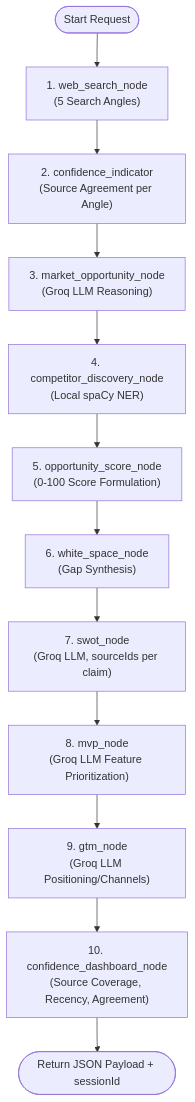
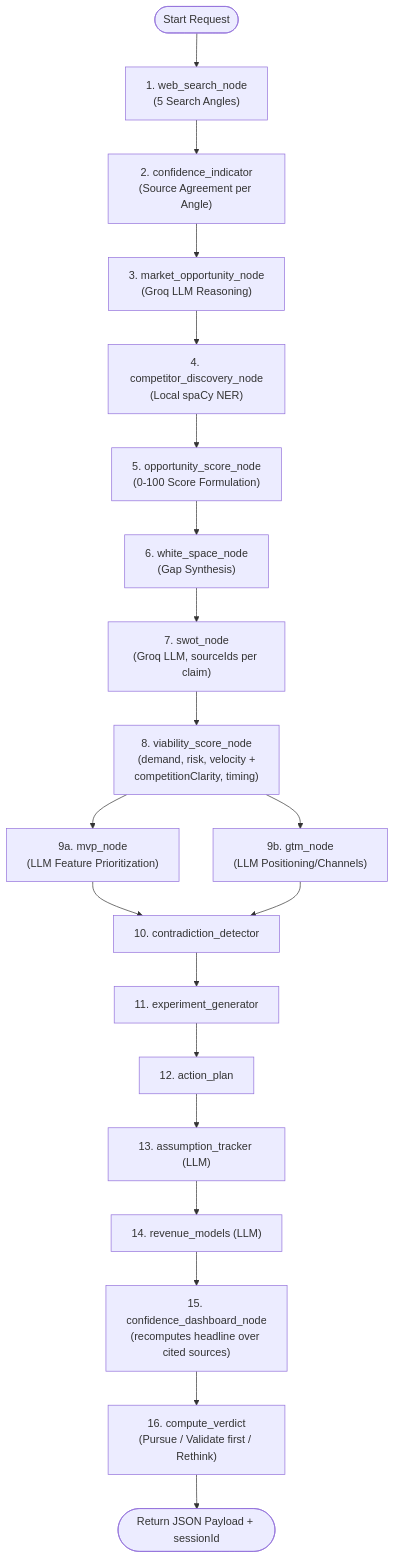
The second of 11 diagrams in docs/12_AFFINITY_VISUAL_ARCHITECTURE_DIAGRAM_GALLERY.md (Yasaswini-ch/Development-of-AI-Based-Startup-Idea-Validator-with-Market-Analysis-Assistance), drawn with Mermaid before and after one commit. The commit also changed other lines of this file and 25 other files, not shown here.

````diff
--- a/docs/12_AFFINITY_VISUAL_ARCHITECTURE_DIAGRAM_GALLERY.md
+++ b/docs/12_AFFINITY_VISUAL_ARCHITECTURE_DIAGRAM_GALLERY.md
@@ -89,14 +103,22 @@
 ```mermaid
 flowchart TD
     START(["Start Request"]) --> WebSearch["1. web_search_node\n(5 Search Angles)"]
     WebSearch --> Confidence["2. confidence_indicator\n(Source Agreement per Angle)"]
     Confidence --> Market["3. market_opportunity_node\n(Groq LLM Reasoning)"]
     Market --> Competitors["4. competitor_discovery_node\n(Local spaCy NER)"]
     Competitors --> Score["5. opportunity_score_node\n(0-100 Score Formulation)"]
     Score --> WhiteSpace["6. white_space_node\n(Gap Synthesis)"]
     WhiteSpace --> Swot["7. swot_node\n(Groq LLM, sourceIds per claim)"]
-    Swot --> Mvp["8. mvp_node\n(Groq LLM Feature Prioritization)"]
-    Mvp --> Gtm["9. gtm_node\n(Groq LLM Positioning/Channels)"]
-    Gtm --> ConfDash["10. confidence_dashboard_node\n(Source Coverage, Recency, Agreement)"]
-    ConfDash --> END(["Return JSON Payload + sessionId"])
+    Swot --> Viability["8. viability_score_node\n(demand, risk, velocity +\ncompetitionClarity, timing)"]
+    Viability --> Mvp["9a. mvp_node\n(LLM Feature Prioritization)"]
+    Viability --> Gtm["9b. gtm_node\n(LLM Positioning/Channels)"]
+    Mvp --> Contra["10. contradiction_detector"]
+    Gtm --> Contra
+    Contra --> Exp["11. experiment_generator"]
+    Exp --> Plan["12. action_plan"]
+    Plan --> Assume["13. assumption_tracker (LLM)"]
+    Assume --> Revenue["14. revenue_models (LLM)"]
+    Revenue --> ConfDash["15. confidence_dashboard_node\n(recomputes headline over cited sources)"]
+    ConfDash --> Verdict["16. compute_verdict\n(Pursue / Validate first / Rethink)"]
+    Verdict --> END(["Return JSON Payload + sessionId"])
 ```
````
